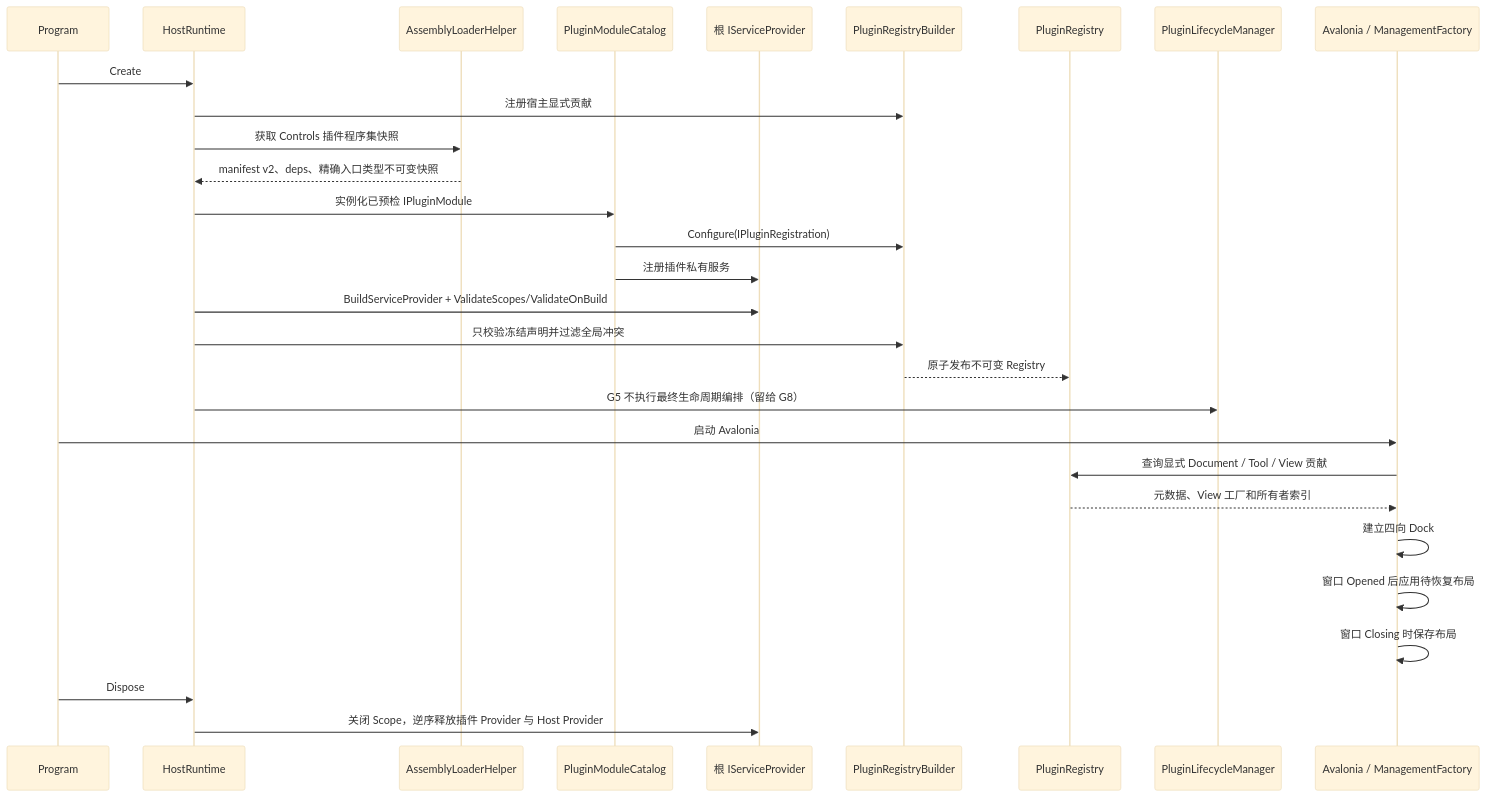
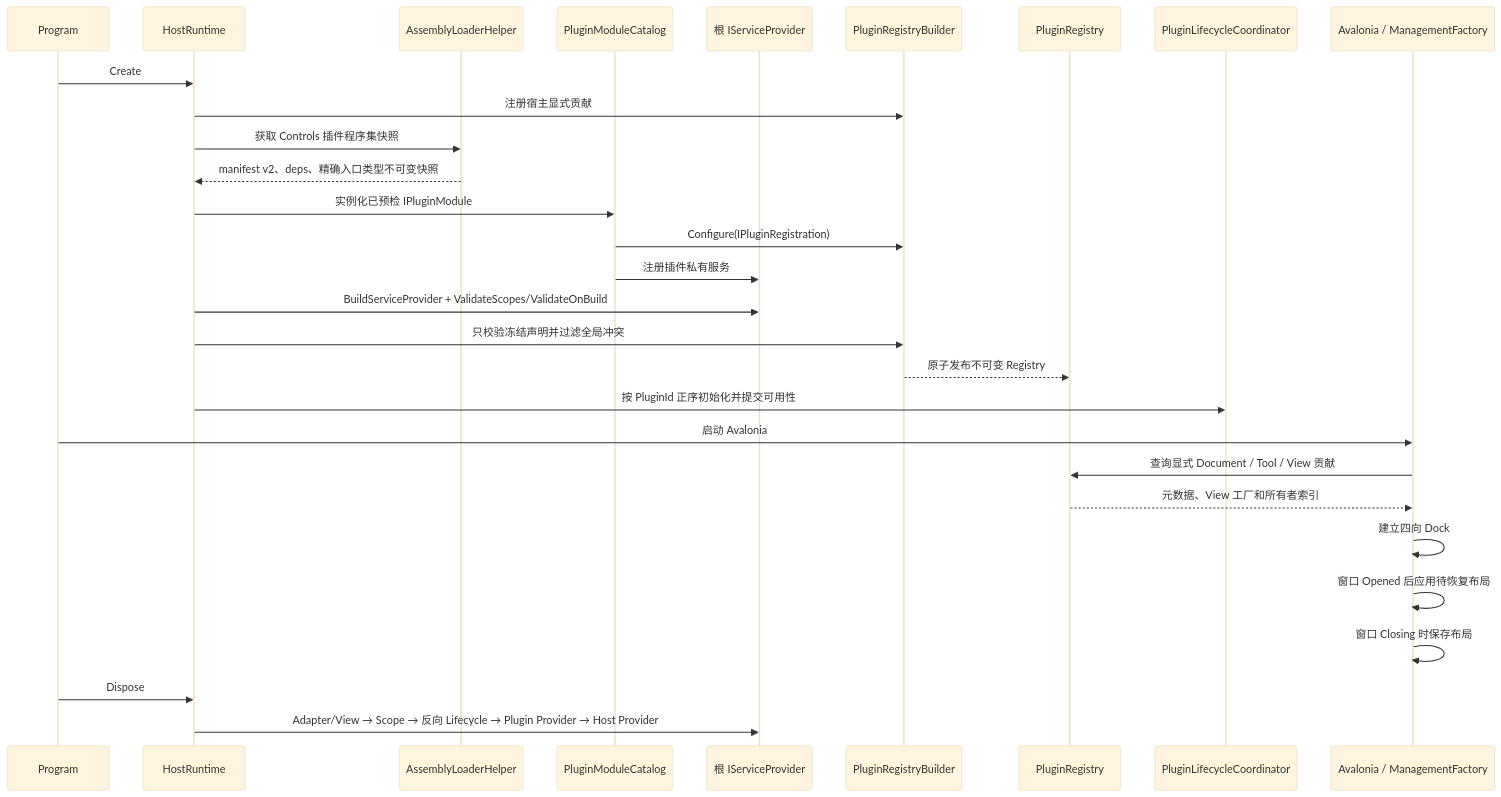
One commit to crownclowngx/avalonia_dock_simple_test changed the second of 5 diagrams in docs/design/host-plugin-architecture-review.md. Above: the diagram before and after it, drawn with Mermaid (base theme). The commit also changed other lines of this file and 60 other files, not shown here.

````diff
--- a/docs/design/host-plugin-architecture-review.md
+++ b/docs/design/host-plugin-architecture-review.md
@@ -76,32 +75,32 @@
 ```mermaid
 sequenceDiagram
     participant P as Program
     participant R as HostRuntime
     participant L as AssemblyLoaderHelper
     participant C as PluginModuleCatalog
     participant DI as 根 IServiceProvider
     participant B as PluginRegistryBuilder
     participant E as PluginRegistry
-    participant LM as PluginLifecycleManager
+    participant LM as PluginLifecycleCoordinator
     participant UI as Avalonia / ManagementFactory
 
     P->>R: Create
     R->>B: 注册宿主显式贡献
     R->>L: 获取 Controls 插件程序集快照
     L-->>R: manifest v2、deps、精确入口类型不可变快照
     R->>C: 实例化已预检 IPluginModule
     C->>B: Configure(IPluginRegistration)
     C->>DI: 注册插件私有服务
     R->>DI: BuildServiceProvider + ValidateScopes/ValidateOnBuild
     R->>B: 只校验冻结声明并过滤全局冲突
     B-->>E: 原子发布不可变 Registry
-    R->>LM: G5 不执行最终生命周期编排（留给 G8）
+    R->>LM: 按 PluginId 正序初始化并提交可用性
     P->>UI: 启动 Avalonia
     UI->>E: 查询显式 Document / Tool / View 贡献
     E-->>UI: 元数据、View 工厂和所有者索引
     UI->>UI: 建立四向 Dock
     UI->>UI: 窗口 Opened 后应用待恢复布局
     UI->>UI: 窗口 Closing 时保存布局
     P->>R: Dispose
-    R->>DI: 关闭 Scope，逆序释放插件 Provider 与 Host Provider
+    R->>DI: Adapter/View → Scope → 反向 Lifecycle → Plugin Provider → Host Provider
 ```
````
